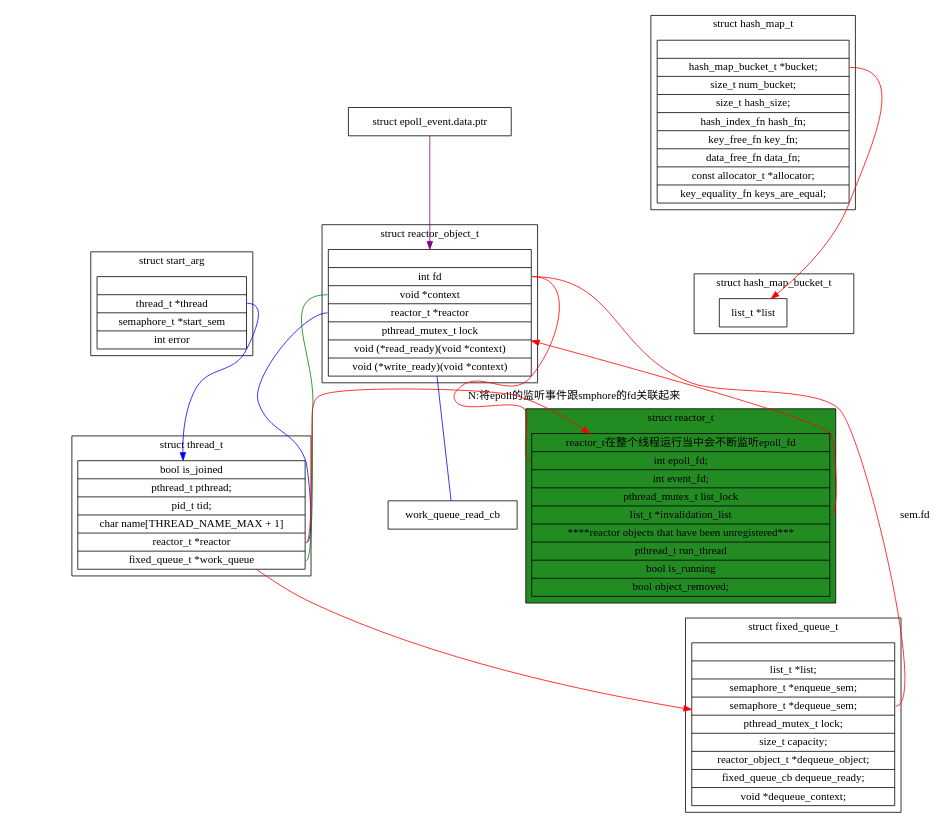
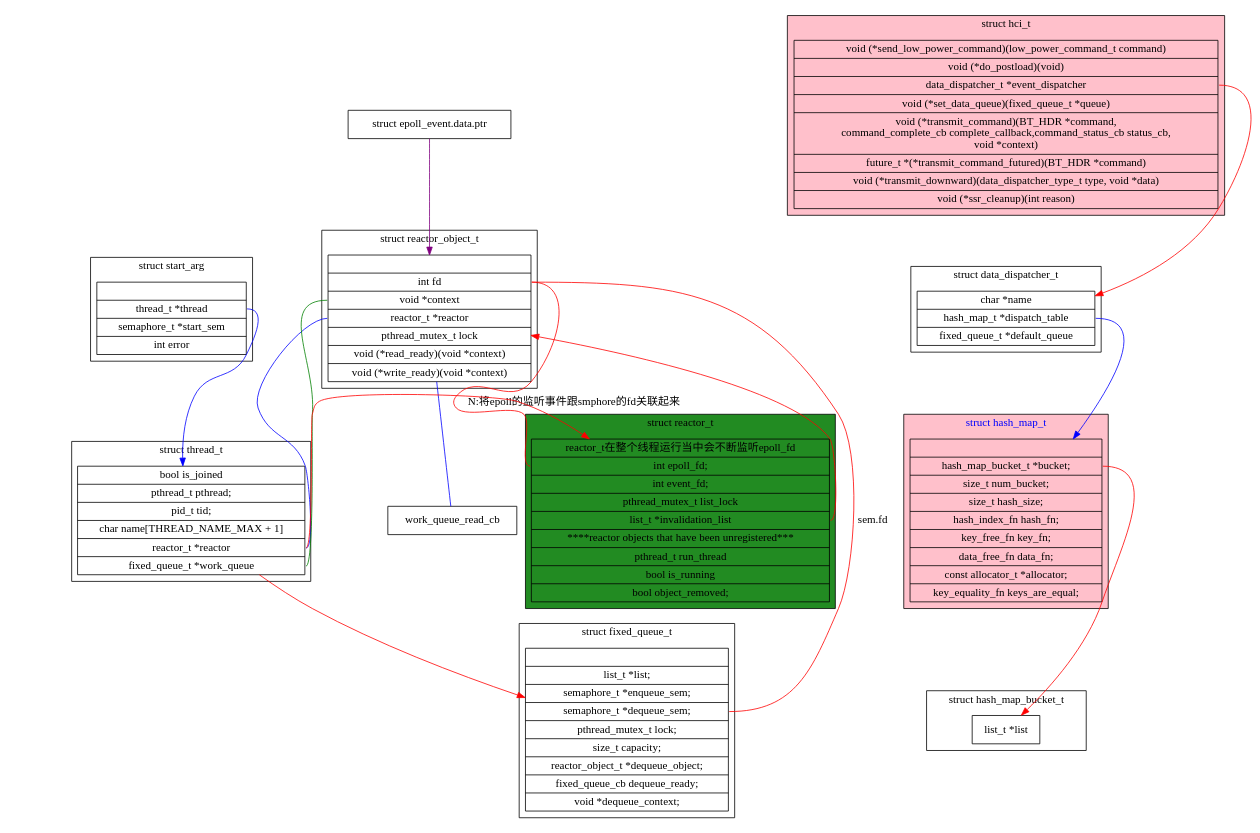
One commit to YsuXia/Debian-Learning changed the diagram in graphviz/bluetooth/bluedroid.dot. Above: the diagram before and after it, drawn with Graphviz. The commit also changed 4 other files, not shown here.

```diff
--- a/graphviz/bluetooth/bluedroid.dot
+++ b/graphviz/bluetooth/bluedroid.dot
@@ -1,109 +1,137 @@
 digraph bluedroid{
 	node[shape=record];
 
 	subgraph cluster_struct_start_arg{
 		label="struct start_arg";
 		"struct start_arg"[label="{
 		|<thread>thread_t *thread
 		|semaphore_t *start_sem
 		|int error
 		}"];
 	}
 
 	node01[style=invisible];
 	node02[style=invisible];
 	"struct start_arg"->node01[arrowhead=none style=invisible];
 	"struct reactor_object_t"->node02[arrowhead=none style=invisible];
 	"struct epoll_event.data.ptr"->"struct reactor_object_t"[color=purple];
 
 	subgraph cluster_struct_reactor_object_t{
 		label="struct reactor_object_t";
 		"struct reactor_object_t"[label="{
 		|<fd>int fd
 		|<context>void *context
 		|<reactor>reactor_t *reactor
 		|pthread_mutex_t lock
 		|void (*read_ready)(void *context)
 		|void (*write_ready)(void *context)
 		}"];
 	}
 	"struct reactor_object_t":reactor->"struct thread_t":reactor[arrowhead=none color=blue];
 	"struct reactor_object_t":context->"struct thread_t":work_queue[arrowhead=none color=green];
 	"struct reactor_object_t":read_ready->"work_queue_read_cb"[arrowhead=none color=blue];
 	"struct reactor_object_t":fd->"struct reactor_t":epoll[arrowhead=none color=red label="N:将epoll的监听事件跟smphore的fd关联起来"]
 	"struct start_arg":thread->"struct thread_t"[color=blue];
 	subgraph cluster_struct_thread_t {
 		label="struct thread_t";
 		"struct thread_t"[label="{
 		bool is_joined
 		|pthread_t pthread;
 		|pid_t tid;
 		|char name[THREAD_NAME_MAX + 1] 
 		|<reactor>reactor_t *reactor
 		|<work_queue>fixed_queue_t *work_queue
 		}"];
 	}
 	node03[style=invisible];
 	node04[style=invisible];
 	"struct thread_t"->node03[arrowhead=none style=invisible];
 	"struct thread_t"->node04[arrowhead=none style=invisible];
 	"struct thread_t":reactor->"struct reactor_t"[color=red];
 	"struct thread_t":fixed_queue->"struct fixed_queue_t"[color=red];
 
 	subgraph cluster_struct_reactor_t{
 		label="struct reactor_t";
 		bgcolor=forestgreen;
 		"struct reactor_t"[label="{
 		 reactor_t在整个线程运行当中会不断监听epoll_fd
 		|<epoll>int epoll_fd;
 		|int event_fd;
 		|pthread_mutex_t list_lock
 		|<invalide>list_t *invalidation_list
 		|****reactor objects that have been unregistered***
 		|pthread_t run_thread
 		|bool is_running
 		|bool object_removed;
 		}"];
 	}
 	"struct reactor_t":invalide->"struct reactor_object_t"[color=red];
 
 	subgraph cluster_fixed_queue_t{
 		label="struct fixed_queue_t";
 		"struct fixed_queue_t"[label="{
 		|list_t *list;
 		|semaphore_t *enqueue_sem;
 		|<dequeue_sem>semaphore_t *dequeue_sem;
 		|pthread_mutex_t lock;
 		|size_t capacity;
 		|reactor_object_t *dequeue_object;
 		|fixed_queue_cb dequeue_ready;
 		|void *dequeue_context;
 		}"
 		];
 	}
 	"struct reactor_object_t":fd->"struct fixed_queue_t":dequeue_sem[label="sem.fd" arrowhead=none color=red];
 	subgraph cluster_struct_hash_map_t{
 		label="struct hash_map_t";
+		bgcolor="pink";
+		fontcolor="blue";
 		"struct hash_map_t"[label="{
 		|<bucket>hash_map_bucket_t *bucket;                                                        
 		|size_t num_bucket;                                                                
 		|size_t hash_size;                                                                 
 		|hash_index_fn hash_fn;                                                            
 		|key_free_fn key_fn;                                                               
 		|data_free_fn data_fn;                                                             
 		|const allocator_t *allocator;                                                     
 		|key_equality_fn keys_are_equal;
 		}"];
 	}
 
 	"struct hash_map_t":bucket->"struct hash_map_bucket_t"[color=red];
 
 	subgraph cluster_struct_hash_map_bucket_t{
 		label="struct hash_map_bucket_t";
 		"struct hash_map_bucket_t"[label="{
 			list_t *list
 		}"];
 	}
 
-	
+	subgraph cluster_struct_hci_t{
+		label="struct hci_t";
+		bgcolor="pink";
+		"struct hci_t"[label="{
+			void (*send_low_power_command)(low_power_command_t command)
+			|void (*do_postload)(void)
+			|<data_dispatcher>data_dispatcher_t *event_dispatcher
+			|void (*set_data_queue)(fixed_queue_t *queue)
+			|void (*transmit_command)(BT_HDR *command,
+			\ncommand_complete_cb complete_callback,command_status_cb status_cb,
+			\nvoid *context)
+			|future_t *(*transmit_command_futured)(BT_HDR *command)
+			|void (*transmit_downward)(data_dispatcher_type_t type, void *data)
+			|void (*ssr_cleanup)(int reason)
+		}"];
+	}
+	subgraph cluster_struct_data_dispatcher_t{
+		label="struct data_dispatcher_t";
+		"strcut data_dispatcher_t"[label="{
+			char *name
+			|<table>hash_map_t *dispatch_table
+			|fixed_queue_t *default_queue
+		}"];
+	}
+	"struct hci_t":data_dispatcher->"strcut data_dispatcher_t"[color=red];
+	"strcut data_dispatcher_t":table->"struct hash_map_t"[color=blue];
+
 }
```
